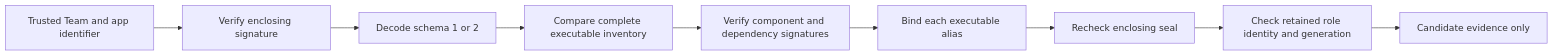
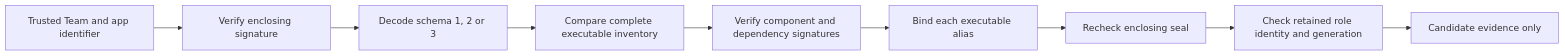
One commit to fourlastor/remozio changed the diagram in docs/macos-release-dependencies.md. Above: the diagram before and after it, drawn with Mermaid. The commit also changed other lines of this file and 16 other files, not shown here.

````diff
--- a/docs/macos-release-dependencies.md
+++ b/docs/macos-release-dependencies.md
@@ -17,11 +17,11 @@
 ```mermaid
 flowchart LR
   A[Trusted Team and app identifier] --> B[Verify enclosing signature]
-  B --> C[Decode schema 1 or 2]
+  B --> C[Decode schema 1, 2 or 3]
   C --> D[Compare complete executable inventory]
   D --> E[Verify component and dependency signatures]
   E --> F[Bind each executable alias]
   F --> G[Recheck enclosing seal]
   G --> H[Check retained role identity and generation]
   H --> I[Candidate evidence only]
 ```
````
